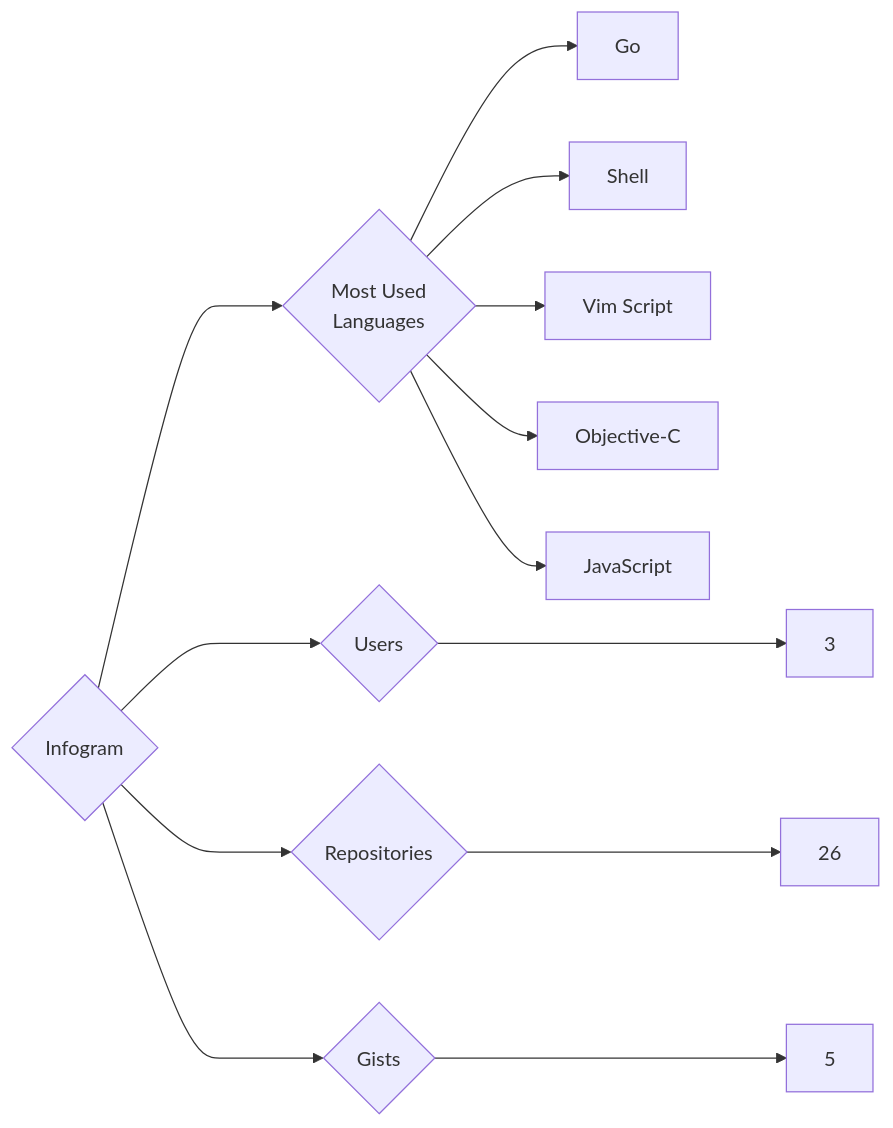
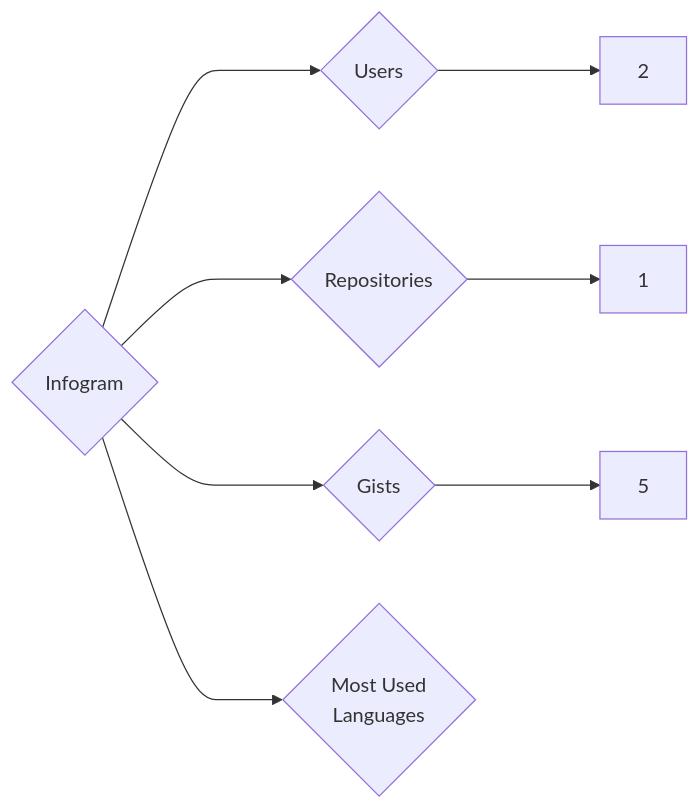
One commit to trickest/insiders changed the diagram in targets/Infogram/README.md. Above: the diagram before and after it, drawn with Mermaid. The commit also changed 934 other files, not shown here.

````diff
--- a/targets/Infogram/README.md
+++ b/targets/Infogram/README.md
@@ -3,13 +3,8 @@
 ```mermaid
 graph LR
 COMPANY_NAME{Infogram}
-COMPANY_NAME ---> U{Users} ---> UN[3]
-COMPANY_NAME ---> R{Repositories} ---> RN[26]
+COMPANY_NAME ---> U{Users} ---> UN[2]
+COMPANY_NAME ---> R{Repositories} ---> RN[1]
 COMPANY_NAME ---> G{Gists} ---> GN[5]
 COMPANY_NAME ---> ML{Most Used<br>Languages}
-ML --> Go[Go]
-ML --> Shell[Shell]
-ML --> Vim_Script[Vim Script]
-ML --> Objective-C[Objective-C]
-ML --> JavaScript[JavaScript]
 ```
````
